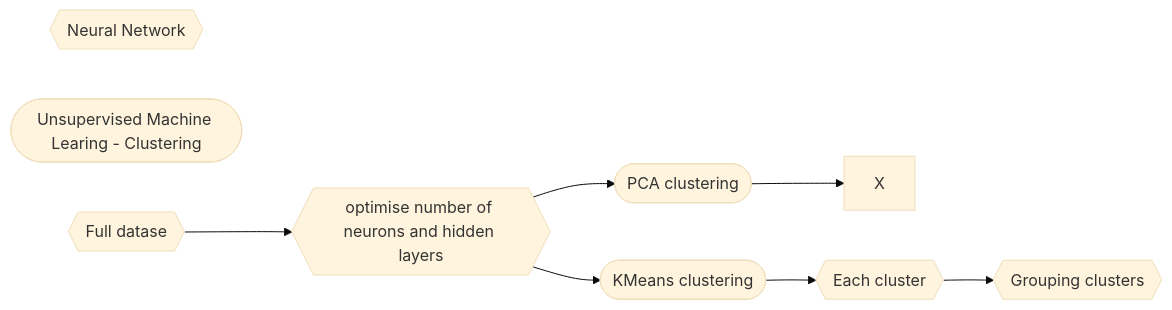
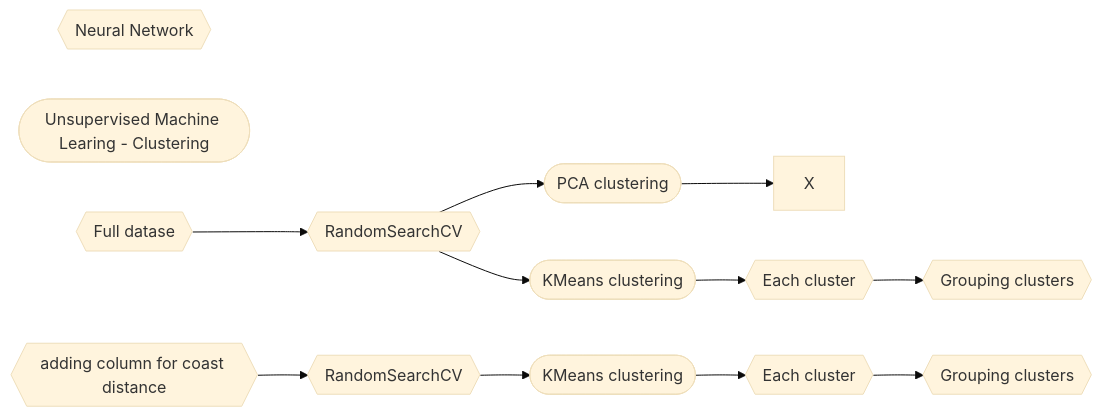
The second of 2 diagrams in README.md (wingylui/housing_price_anaylsis), drawn with Mermaid (base theme) before and after one commit. The commit also changed other lines of this file and 1 other file, not shown here.

````diff
--- a/README.md
+++ b/README.md
@@ -59,9 +59,10 @@
 ```mermaid
 flowchart LR
     des{{Neural Network}}
     des2([Unsupervised Machine Learing - Clustering])
 
-    n{{Full datase}} --> o{{optimise number of neurons and hidden layers}} --> c1([PCA clustering]) --> X
-    o{{optimise number of neurons and hidden layers}} --> c2([KMeans clustering])--> n2{{Each cluster}} --> n3{{Grouping clusters}}
+    n{{Full datase}} --> o{{RandomSearchCV}} --> c1([PCA clustering]) --> X
+    o{{RandomSearchCV}} --> c2([KMeans clustering])--> n2{{Each cluster}} --> n3{{Grouping clusters}}
+    n4{{adding column for coast distance}} --> o2{{RandomSearchCV}} --> c3([KMeans clustering])--> n5{{Each cluster}} --> n6{{Grouping clusters}}
   
 ```
````
